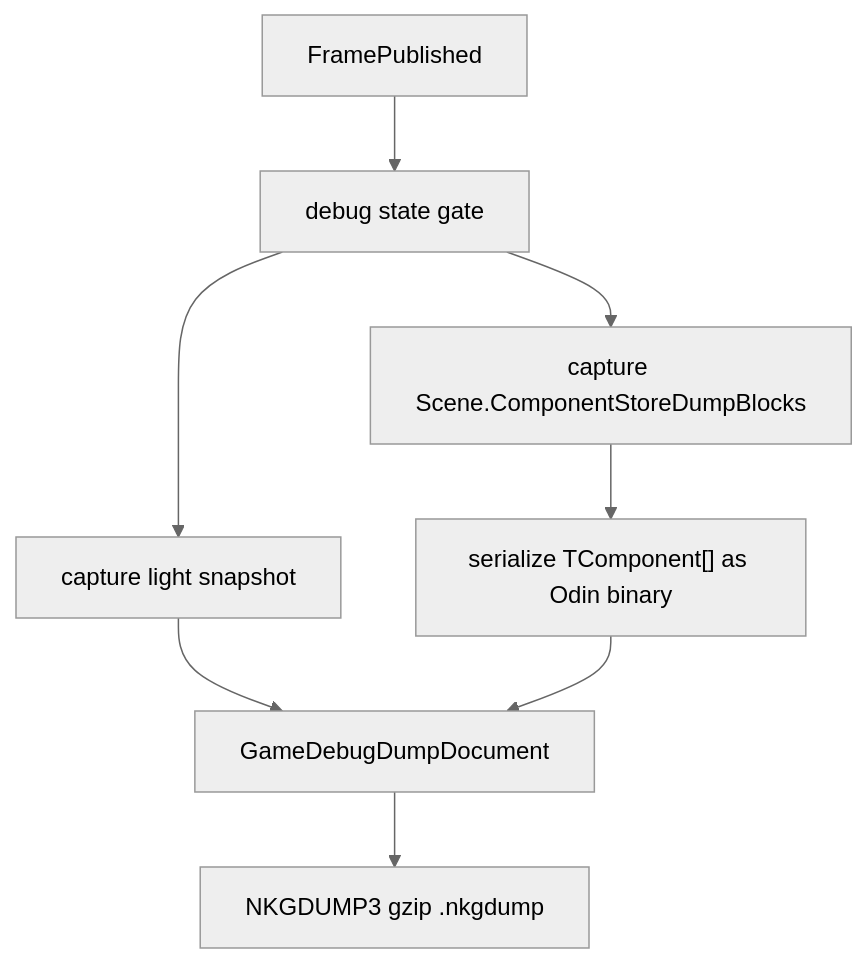
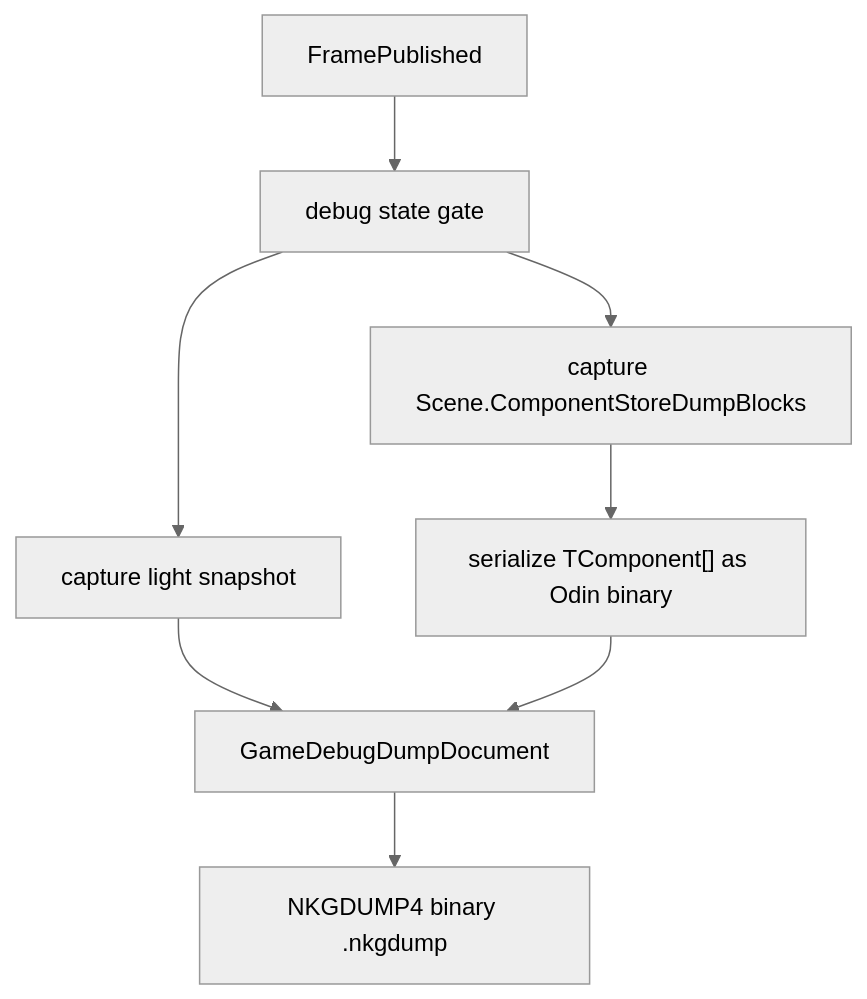
The second of 2 diagrams in docs/debug-and-dump.md (wqaetly/NKGGameFramework), drawn with Mermaid (neutral theme) before and after one commit. The commit also changed 29 other files, not shown here.

````diff
--- a/docs/debug-and-dump.md
+++ b/docs/debug-and-dump.md
@@ -57,10 +57,10 @@
 ```mermaid
 flowchart TD
     Tick["FramePublished"] --> Lock["debug state gate"]
     Lock --> Snapshot["capture light snapshot"]
     Lock --> Stores["capture Scene.ComponentStoreDumpBlocks"]
     Stores --> Odin["serialize TComponent[] as Odin binary"]
     Snapshot --> Document["GameDebugDumpDocument"]
     Odin --> Document
-    Document --> File["NKGDUMP3 gzip .nkgdump"]
+    Document --> File["NKGDUMP4 binary .nkgdump"]
 ```
````
